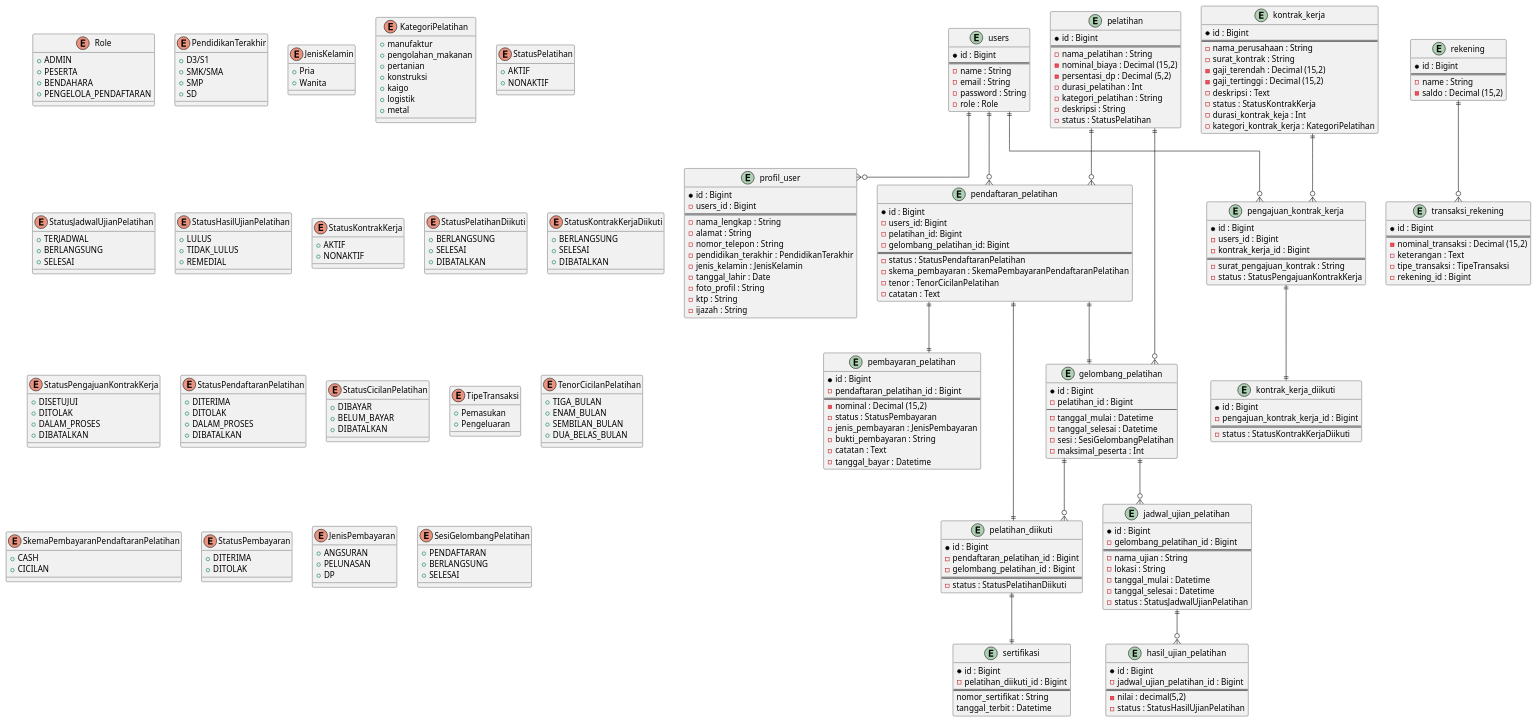
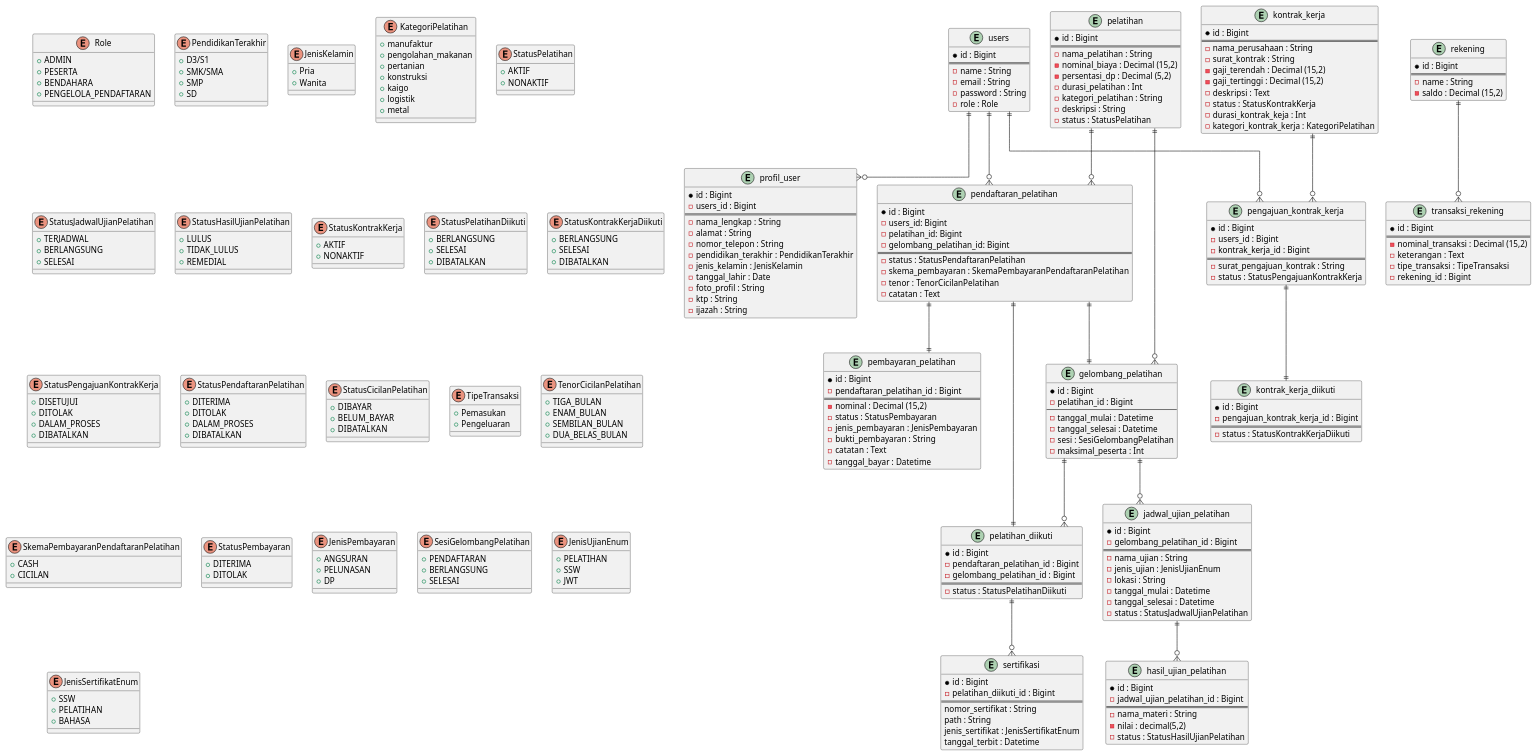
One commit to fpbismyname/emje-web changed the diagram in docs/erd/emje_erd.puml. Above: the diagram before and after it, drawn with PlantUML. The commit also changed 35 other files, not shown here.

```diff
--- a/docs/erd/emje_erd.puml
+++ b/docs/erd/emje_erd.puml
@@ -145,6 +145,20 @@
     +BERLANGSUNG
     +SELESAI
 }
+' Table jadwal_ujian_pelatihan
+' enum jadwal_ujian_pelatihan.jenis_ujian
+enum JenisUjianEnum{
+    +PELATIHAN
+    +SSW
+    +JWT
+}
+' Table sertifikasi
+' enum sertifikasi.jenis_sertifikat
+enum JenisSertifikatEnum{
+    +SSW
+    +PELATIHAN
+    +BAHASA
+}
 
 
 
@@ -232,6 +246,7 @@
     -gelombang_pelatihan_id : Bigint
     ===
     -nama_ujian : String
+    -jenis_ujian : JenisUjianEnum
     -lokasi : String
     -tanggal_mulai : Datetime
     -tanggal_selesai : Datetime
@@ -241,6 +256,7 @@
     *id : Bigint
     -jadwal_ujian_pelatihan_id : Bigint
     ===
+    -nama_materi : String
     -nilai : decimal(5,2)
     -status : StatusHasilUjianPelatihan
 }
@@ -249,6 +265,8 @@
     -pelatihan_diikuti_id : Bigint
     ===
     nomor_sertifikat : String
+    path : String
+    jenis_sertifikat : JenisSertifikatEnum
     tanggal_terbit : Datetime
 }
 
@@ -314,7 +332,7 @@
 pelatihan ||--o{ gelombang_pelatihan
 pendaftaran_pelatihan ||--|| pembayaran_pelatihan
 gelombang_pelatihan ||--o{ pelatihan_diikuti
-pelatihan_diikuti ||--|| sertifikasi
+pelatihan_diikuti ||--o{ sertifikasi
 gelombang_pelatihan ||--o{ jadwal_ujian_pelatihan
 jadwal_ujian_pelatihan ||--o{ hasil_ujian_pelatihan
 
```
